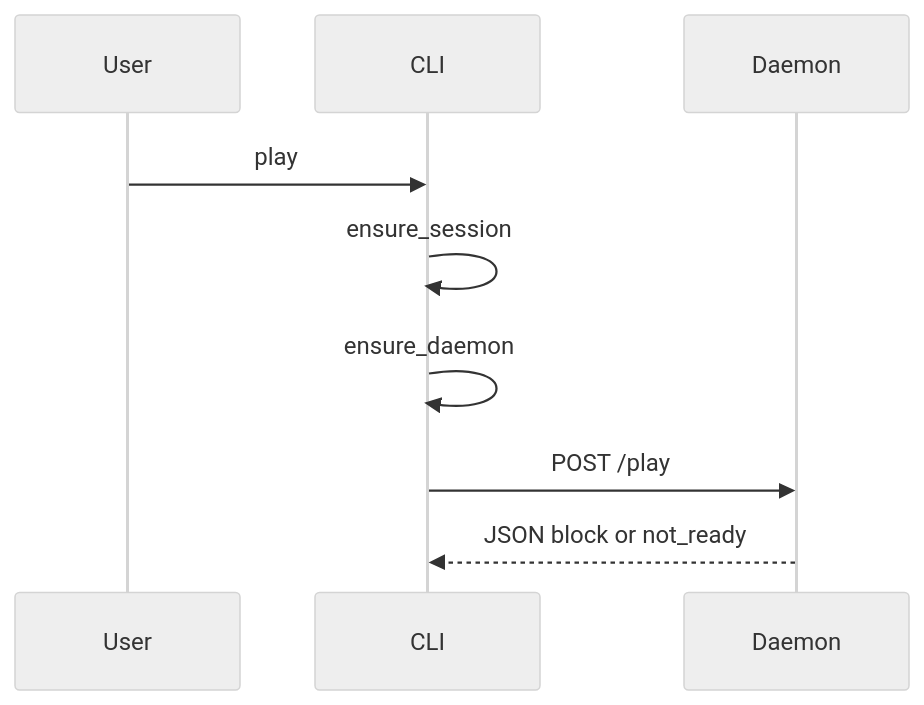
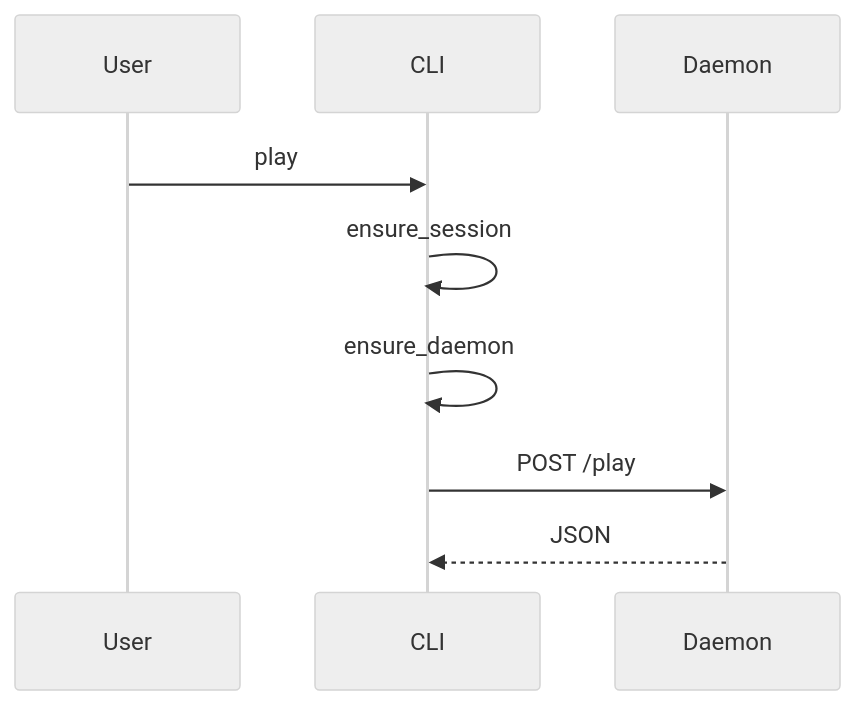
One commit to AdamPSU/agent-dj changed the diagram in wiki/concepts/control-plane.md. Above: the diagram before and after it, drawn with Mermaid (neutral theme). The commit also changed other lines of this file and 16 other files, not shown here.

First line of the commit message:
Update wiki for claude_dj layout and install flow

````diff
--- a/wiki/concepts/control-plane.md
+++ b/wiki/concepts/control-plane.md
@@ -24,11 +27,11 @@
 ```mermaid
 sequenceDiagram
   participant U as User
   participant C as CLI
   participant D as Daemon
   U->>C: play
   C->>C: ensure_session
   C->>C: ensure_daemon
   C->>D: POST /play
-  D-->>C: JSON block or not_ready
+  D-->>C: JSON
 ```
````
